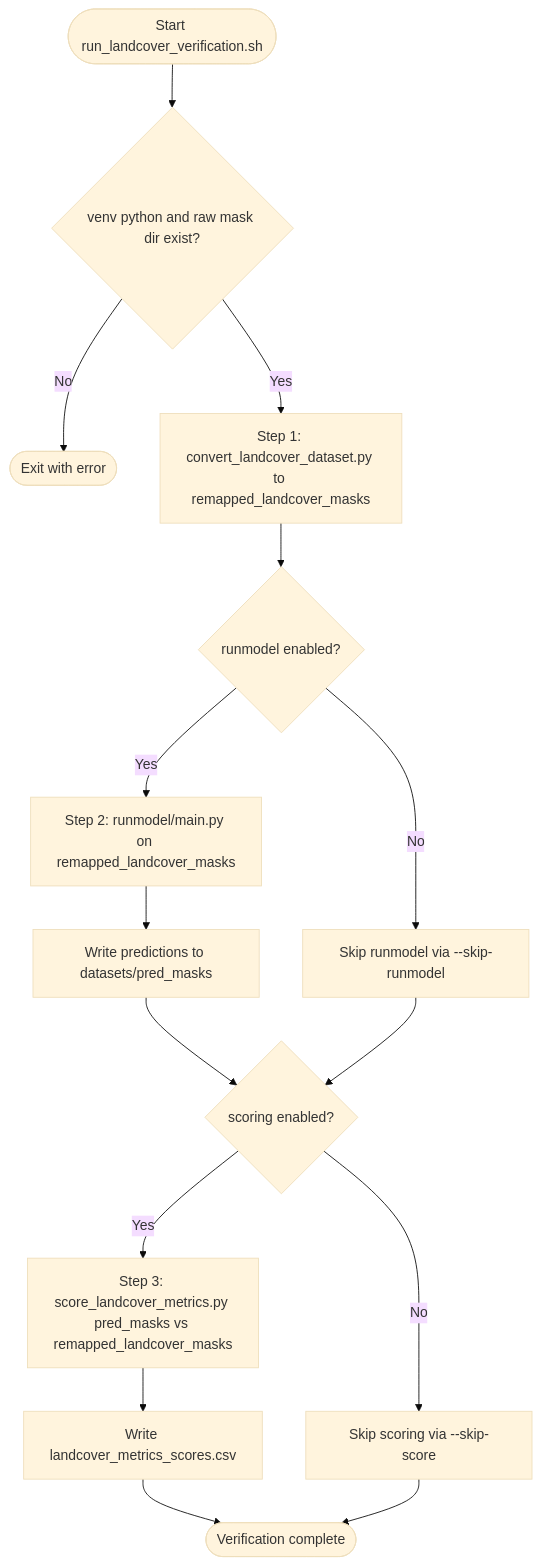
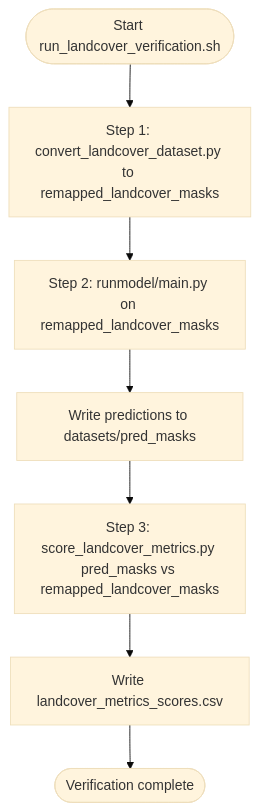
The fifth of 5 diagrams in flowcharts.md (YawNimo/ndvi-guided-rgb-segmentation), drawn with Mermaid (base theme) before and after one commit. The commit also changed 1 other file, not shown here.

Commit message:
get rid of extra stuff and update all flowcharts

````diff
--- a/flowcharts.md
+++ b/flowcharts.md
@@ -87,17 +87,9 @@
 ```mermaid
 flowchart TD
-    A([Start run_landcover_verification.sh]) --> B{venv python and raw mask dir exist?}
-    B -->|No| C([Exit with error])
-    B -->|Yes| D[Step 1: convert_landcover_dataset.py to remapped_landcover_masks]
-    D --> E{runmodel enabled?}
-    E -->|Yes| F[Step 2: runmodel/main.py on remapped_landcover_masks]
+    A([Start run_landcover_verification.sh]) --> D[Step 1: convert_landcover_dataset.py to remapped_landcover_masks]
+    D --> F[Step 2: runmodel/main.py on remapped_landcover_masks]
     F --> G[Write predictions to datasets/pred_masks]
-    E -->|No| H[Skip runmodel via --skip-runmodel]
-    G --> I{scoring enabled?}
-    H --> I
-    I -->|Yes| J[Step 3: score_landcover_metrics.py pred_masks vs remapped_landcover_masks]
+    G --> J[Step 3: score_landcover_metrics.py pred_masks vs remapped_landcover_masks]
     J --> K[Write landcover_metrics_scores.csv]
-    I -->|No| L[Skip scoring via --skip-score]
     K --> M([Verification complete])
-    L --> M
 ```
````
